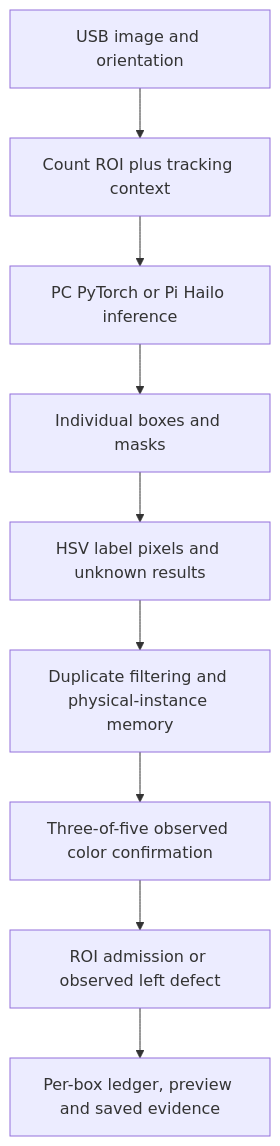
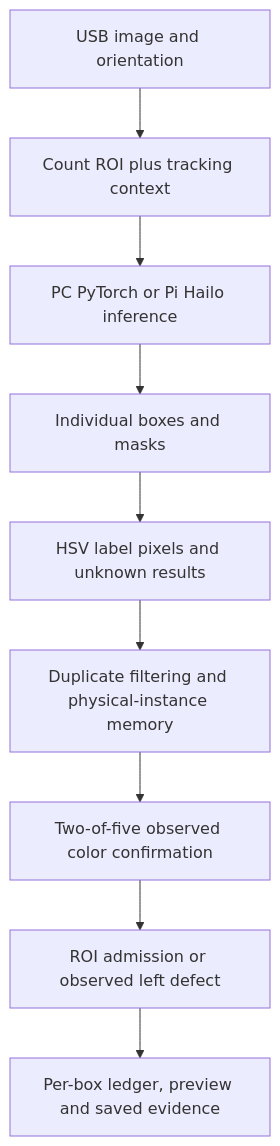
Before and after one commit to AlrJohn/CS488_Team1_Capstone: the diagram in vision/docs/architecture.md, drawn with Mermaid. The commit also changed other lines of this file and 7 other files, not shown here.

````diff
--- a/vision/docs/architecture.md
+++ b/vision/docs/architecture.md
@@ -5,11 +5,11 @@
 ```mermaid
 flowchart TD
     A[USB image and orientation] --> B[Count ROI plus tracking context]
     B --> C[PC PyTorch or Pi Hailo inference]
     C --> D[Individual boxes and masks]
     D --> E[HSV label pixels and unknown results]
     E --> F[Duplicate filtering and physical-instance memory]
-    F --> G[Three-of-five observed color confirmation]
+    F --> G[Two-of-five observed color confirmation]
     G --> H[ROI admission or observed left defect]
     H --> I[Per-box ledger, preview and saved evidence]
 ```
````
